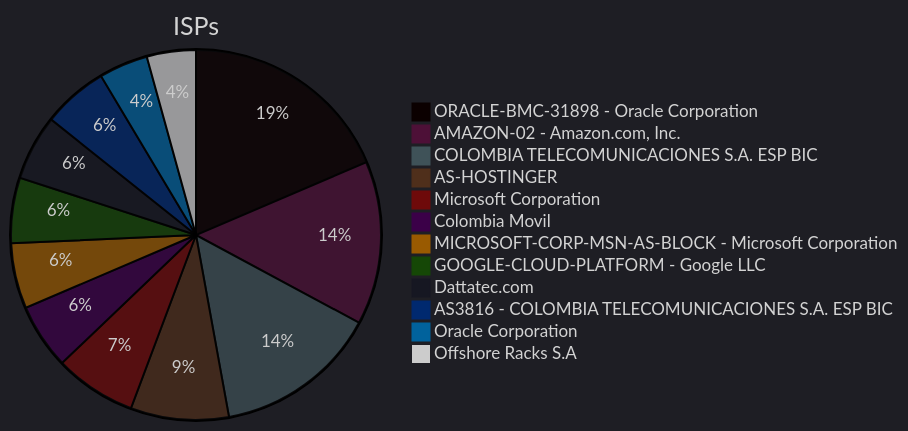
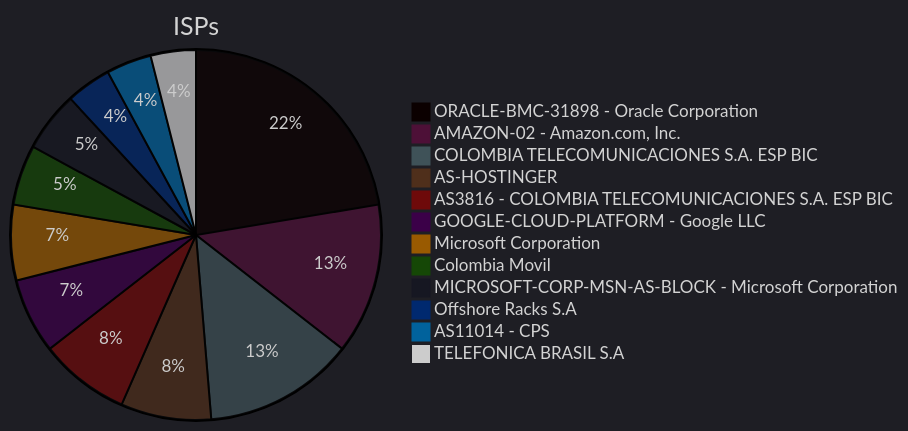
The fourth of 8 diagrams in zolim.md (ZoqueLabs/website), drawn with Mermaid before and after one commit. The commit also changed other lines of this file, not shown here.

````diff
--- a/zolim.md
+++ b/zolim.md
@@ -93,19 +95,19 @@
 ```mermaid
----
-config:
-  theme: dark
----
+---  
+config:  
+ theme: dark  
+--- 
 pie title ISPs
-  "ORACLE-BMC-31898 - Oracle Corporation" : 13
+  "ORACLE-BMC-31898 - Oracle Corporation" : 17
   "AMAZON-02 - Amazon.com, Inc." : 10
   "COLOMBIA TELECOMUNICACIONES S.A. ESP BIC" : 10
   "AS-HOSTINGER" : 6
+  "AS3816 - COLOMBIA TELECOMUNICACIONES S.A. ESP BIC" : 6
+  "GOOGLE-CLOUD-PLATFORM - Google LLC" : 5
   "Microsoft Corporation" : 5
   "Colombia Movil" : 4
   "MICROSOFT-CORP-MSN-AS-BLOCK - Microsoft Corporation" : 4
-  "GOOGLE-CLOUD-PLATFORM - Google LLC" : 4
-  "Dattatec.com" : 4
-  "AS3816 - COLOMBIA TELECOMUNICACIONES S.A. ESP BIC" : 4
-  "Oracle Corporation" : 3
   "Offshore Racks S.A" : 3
+  "AS11014 - CPS" : 3
+  "TELEFONICA BRASIL S.A" : 3
 ```
````
